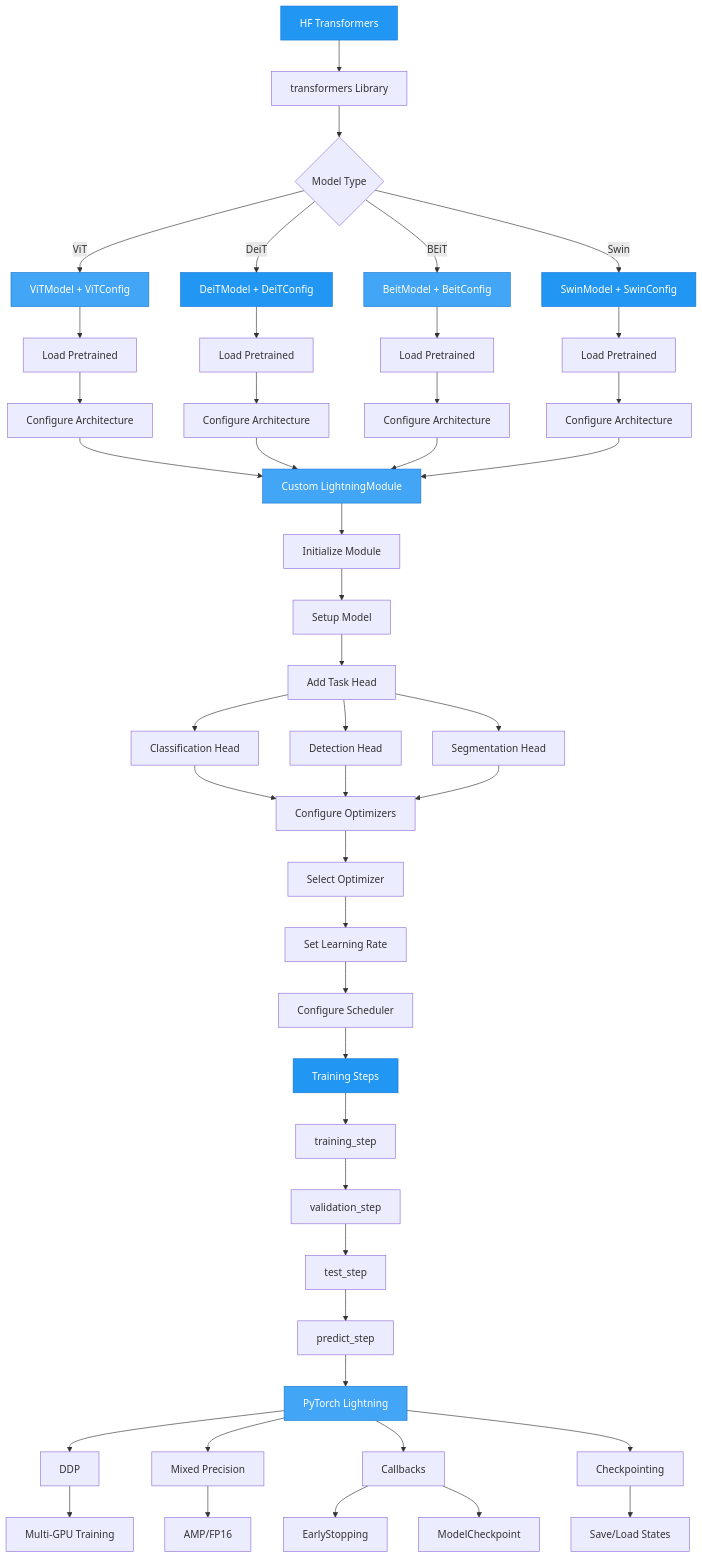
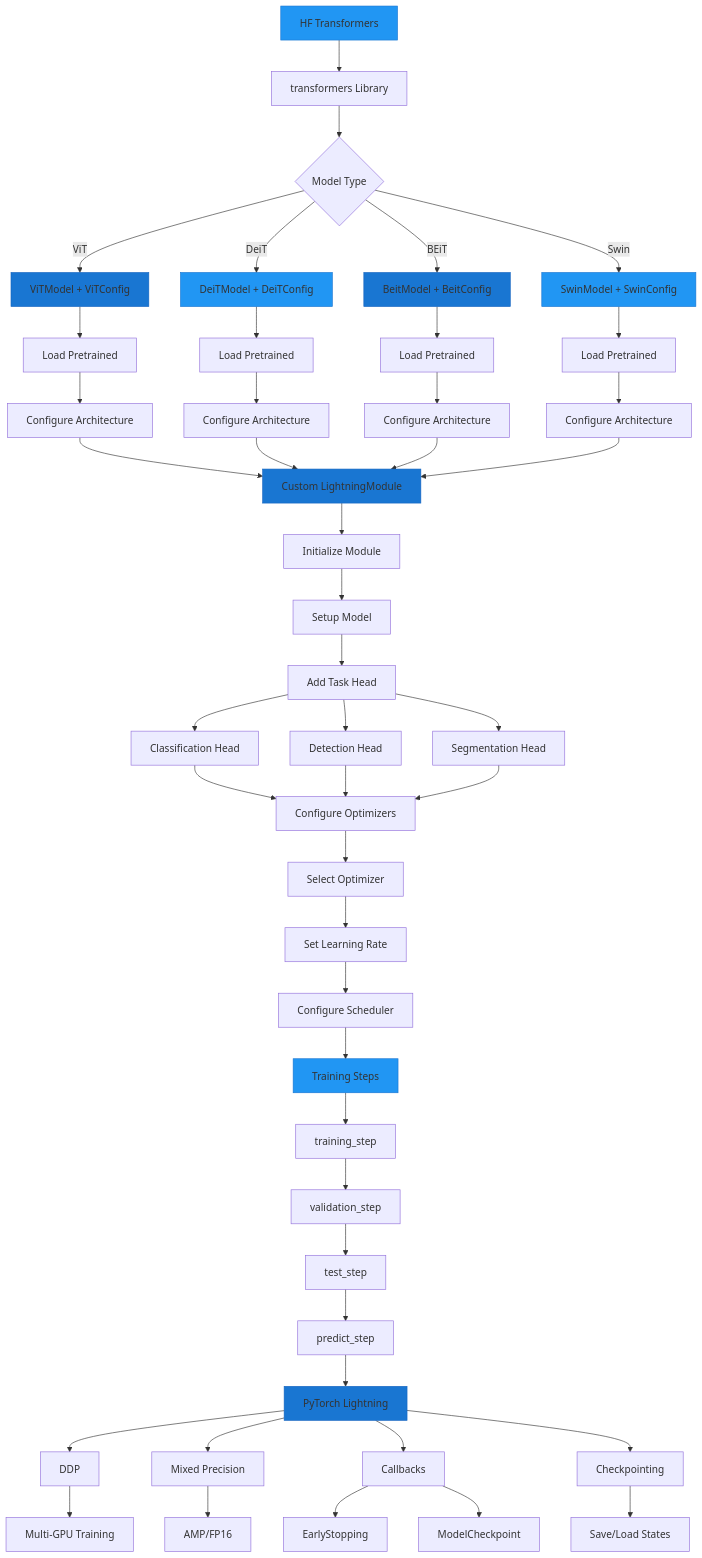
Before and after one commit to theja-vanka/AutoTimm: the diagram in docs/user-guide/integration/huggingface-transformers-integration.md, drawn with Mermaid. The commit also changed 37 other files, not shown here.

````diff
--- a/docs/user-guide/integration/huggingface-transformers-integration.md
+++ b/docs/user-guide/integration/huggingface-transformers-integration.md
@@ -7,67 +7,67 @@
 ```mermaid
 graph TD
     A[HF Transformers] --> A1[transformers Library]
     A1 --> B{Model Type}
     
     B -->|ViT| C1[ViTModel + ViTConfig]
     C1 --> C1a[Load Pretrained]
     C1a --> C1b[Configure Architecture]
     
     B -->|DeiT| C2[DeiTModel + DeiTConfig]
     C2 --> C2a[Load Pretrained]
     C2a --> C2b[Configure Architecture]
     
     B -->|BEiT| C3[BeitModel + BeitConfig]
     C3 --> C3a[Load Pretrained]
     C3a --> C3b[Configure Architecture]
     
     B -->|Swin| C4[SwinModel + SwinConfig]
     C4 --> C4a[Load Pretrained]
     C4a --> C4b[Configure Architecture]
     
     C1b --> D[Custom LightningModule]
     C2b --> D
     C3b --> D
     C4b --> D
     
     D --> D1[Initialize Module]
     D1 --> D2[Setup Model]
     D2 --> E[Add Task Head]
     E --> E1[Classification Head]
     E --> E2[Detection Head]
     E --> E3[Segmentation Head]
     
     E1 --> F[Configure Optimizers]
     E2 --> F
     E3 --> F
     F --> F1[Select Optimizer]
     F1 --> F2[Set Learning Rate]
     F2 --> F3[Configure Scheduler]
     
     F3 --> G[Training Steps]
     G --> G1[training_step]
     G1 --> G2[validation_step]
     G2 --> G3[test_step]
     G3 --> G4[predict_step]
     
     G4 --> H[PyTorch Lightning]
     
     H --> I1[DDP]
     I1 --> I1a[Multi-GPU Training]
     H --> I2[Mixed Precision]
     I2 --> I2a[AMP/FP16]
     H --> I3[Callbacks]
     I3 --> I3a[EarlyStopping]
     I3 --> I3b[ModelCheckpoint]
     H --> I4[Checkpointing]
     I4 --> I4a[Save/Load States]
     
-    style A fill:#2196F3,stroke:#1976D2,color:#fff
-    style C1 fill:#42A5F5,stroke:#1976D2,color:#fff
-    style C2 fill:#2196F3,stroke:#1976D2,color:#fff
-    style C3 fill:#42A5F5,stroke:#1976D2,color:#fff
-    style C4 fill:#2196F3,stroke:#1976D2,color:#fff
-    style D fill:#42A5F5,stroke:#1976D2,color:#fff
-    style G fill:#2196F3,stroke:#1976D2,color:#fff
-    style H fill:#42A5F5,stroke:#1976D2,color:#fff
+    style A fill:#2196F3,stroke:#1976D2
+    style C1 fill:#1976D2,stroke:#1565C0
+    style C2 fill:#2196F3,stroke:#1976D2
+    style C3 fill:#1976D2,stroke:#1565C0
+    style C4 fill:#2196F3,stroke:#1976D2
+    style D fill:#1976D2,stroke:#1565C0
+    style G fill:#2196F3,stroke:#1976D2
+    style H fill:#1976D2,stroke:#1565C0
 ```
````
